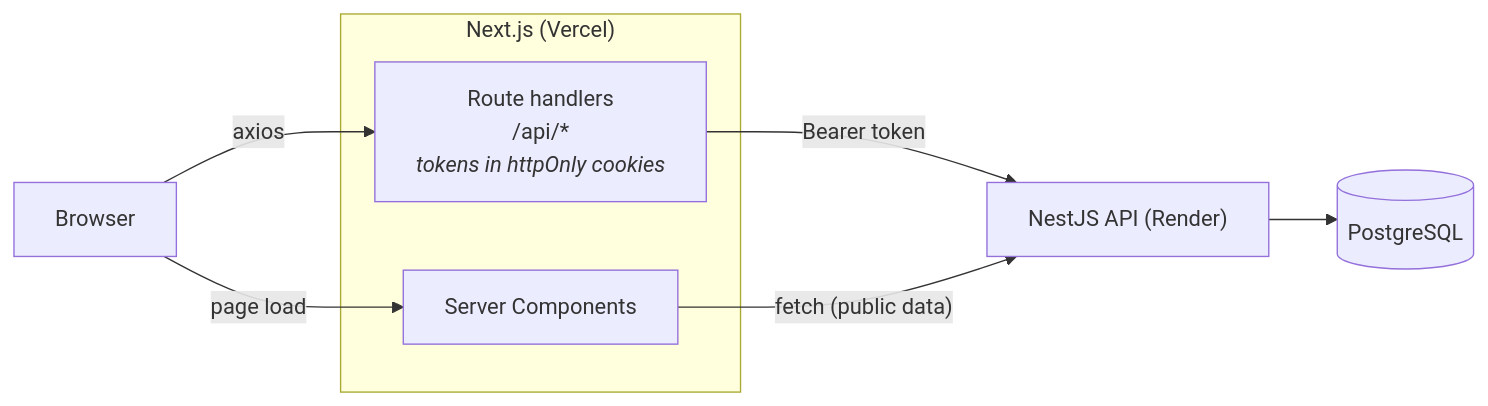
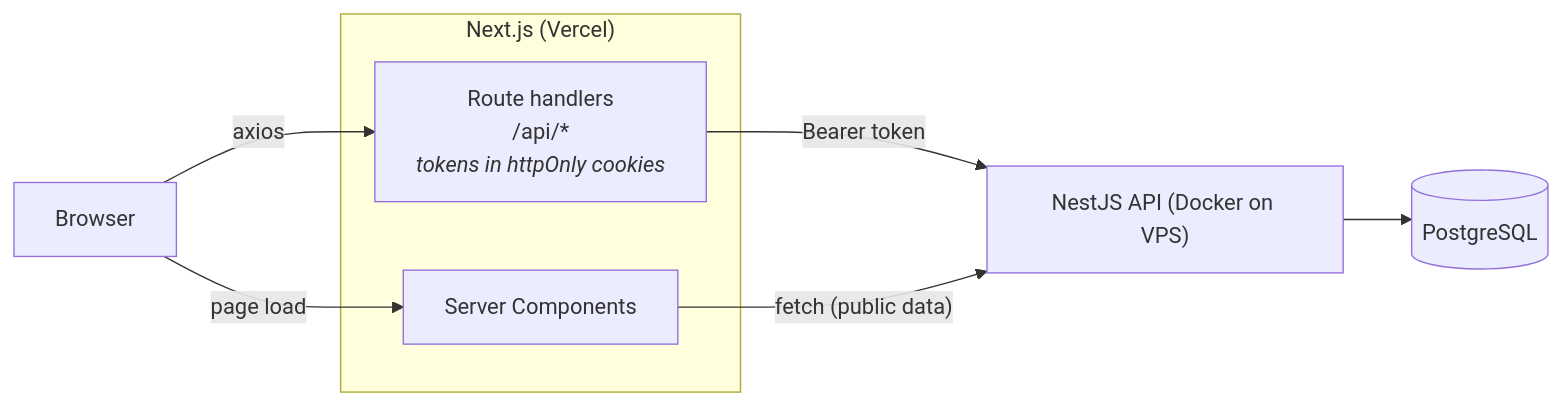
One commit to yoyanni/e-com changed the diagram in README.md. Above: the diagram before and after it, drawn with Mermaid. The commit also changed other lines of this file and 24 other files, not shown here.

Commit message:
Containerise backend for the shared VPS - Add a Dockerfile and .dockerignore - Stop running migrations on startup - Read CORS_ORIGIN - Cap GET /products limit at 100 and add GET /health - Declare dotenv as a backend dependency - Document the Docker/VPS deployment and update the docs

````diff
--- a/README.md
+++ b/README.md
@@ -17,16 +17,16 @@
 ```mermaid
 flowchart LR
     Browser["Browser"]
     subgraph Next["Next.js (Vercel)"]
         BFF["Route handlers<br/>/api/*<br/><i>tokens in httpOnly cookies</i>"]
         RSC["Server Components"]
     end
-    API["NestJS API (Render)"]
+    API["NestJS API (Docker on VPS)"]
     DB[("PostgreSQL")]
 
     Browser -- "axios" --> BFF
     Browser -- "page load" --> RSC
     BFF -- "Bearer token" --> API
     RSC -- "fetch (public data)" --> API
     API --> DB
 ```
````
